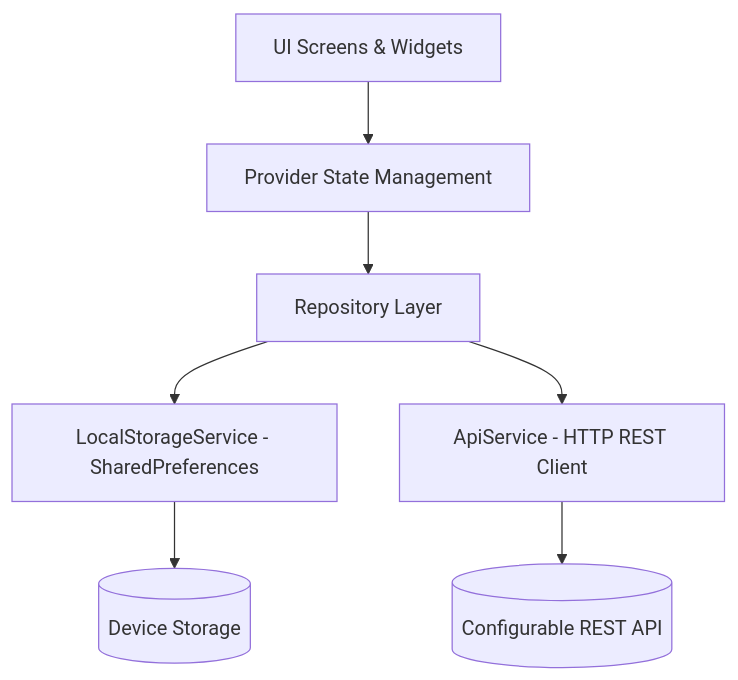
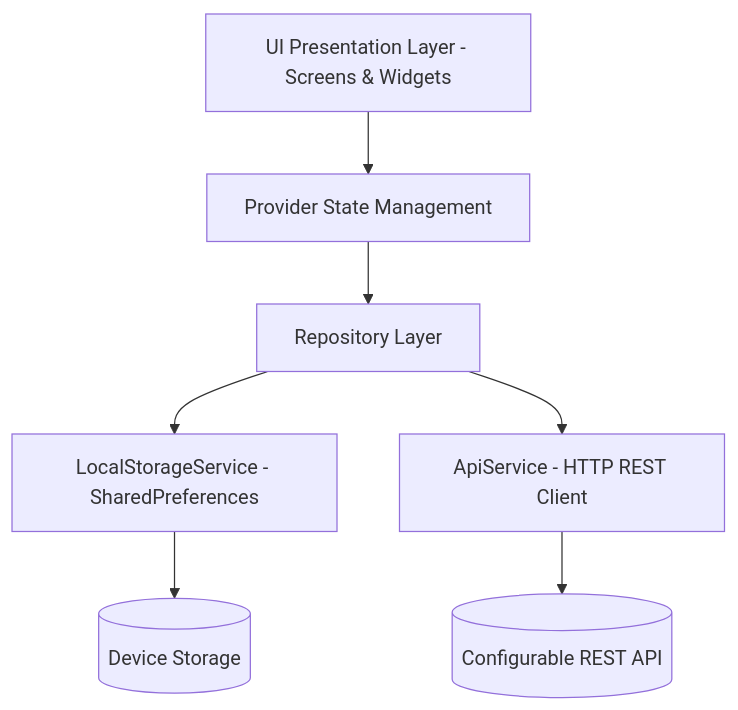
Before and after one commit to rohith-1228/campusverse: the diagram in README.md, drawn with Mermaid. The commit also changed other lines of this file and 27 other files, not shown here.

````diff
--- a/README.md
+++ b/README.md
@@ -148,9 +236,9 @@
 ```mermaid
 flowchart TD
-    UI[UI Screens & Widgets] --> Providers[Provider State Management]
+    UI[UI Presentation Layer - Screens & Widgets] --> Providers[Provider State Management]
     Providers --> Repositories[Repository Layer]
     Repositories --> StorageService[LocalStorageService - SharedPreferences]
     Repositories --> ApiService[ApiService - HTTP REST Client]
     ApiService --> RemoteAPI[(Configurable REST API)]
     StorageService --> LocalDB[(Device Storage)]
 ```
````
